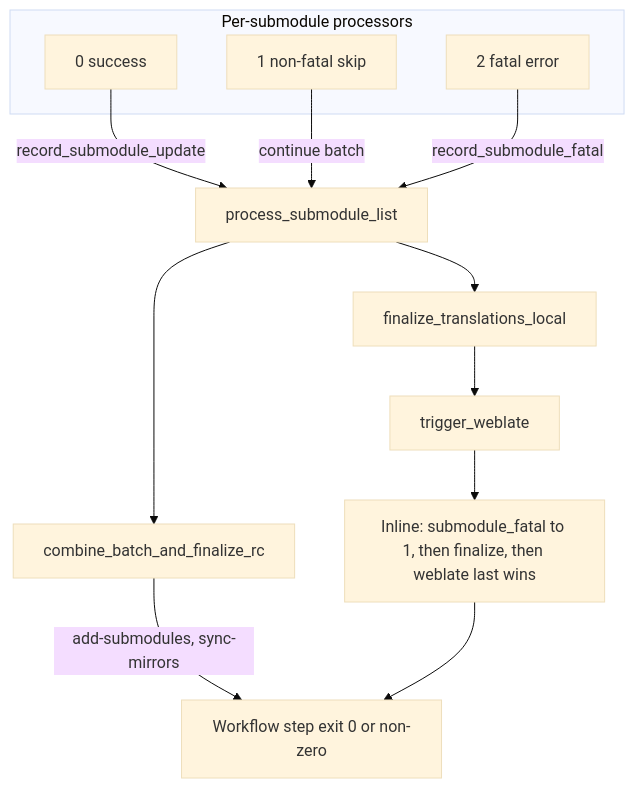
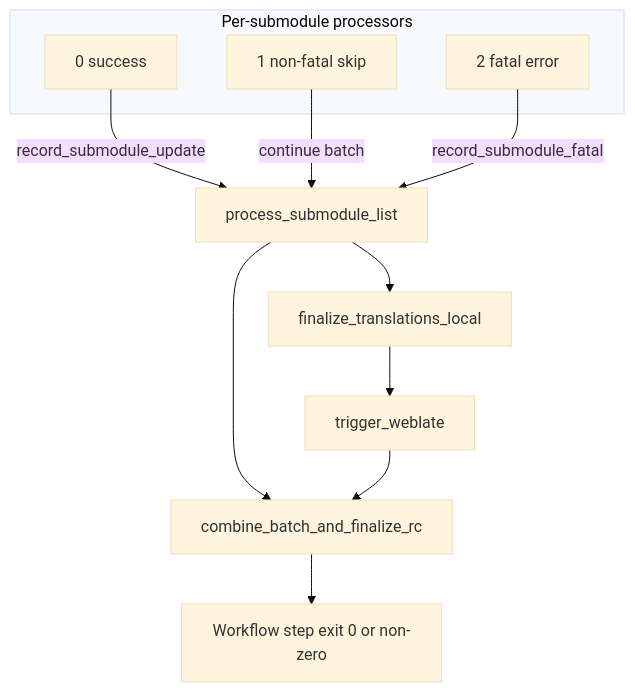
Before and after one commit to cppalliance/boost-docs-translation: the second of 2 diagrams in docs/ARCHITECTURE.md, drawn with Mermaid (base theme). The commit also changed other lines of this file and 18 other files, not shown here.

````diff
--- a/docs/ARCHITECTURE.md
+++ b/docs/ARCHITECTURE.md
@@ -157,22 +157,22 @@
 ```mermaid
 flowchart TD
   subgraph processors [Per-submodule processors]
     A0["0 success"]
     A1["1 non-fatal skip"]
     A2["2 fatal error"]
   end
   PSL[process_submodule_list]
   CB[combine_batch_and_finalize_rc]
   FTL[finalize_translations_local]
   TW[trigger_weblate]
-  Compose["Inline: submodule_fatal to 1, then finalize, then weblate last wins"]
   JobExit["Workflow step exit 0 or non-zero"]
 
   A0 -->|"record_submodule_update"| PSL
   A1 -->|"continue batch"| PSL
   A2 -->|"record_submodule_fatal"| PSL
   PSL --> CB
   PSL --> FTL
-  CB -->|"add-submodules, sync-mirrors"| JobExit
-  FTL --> TW --> Compose --> JobExit
+  FTL --> TW
+  TW --> CB
+  CB --> JobExit
 ```
````
